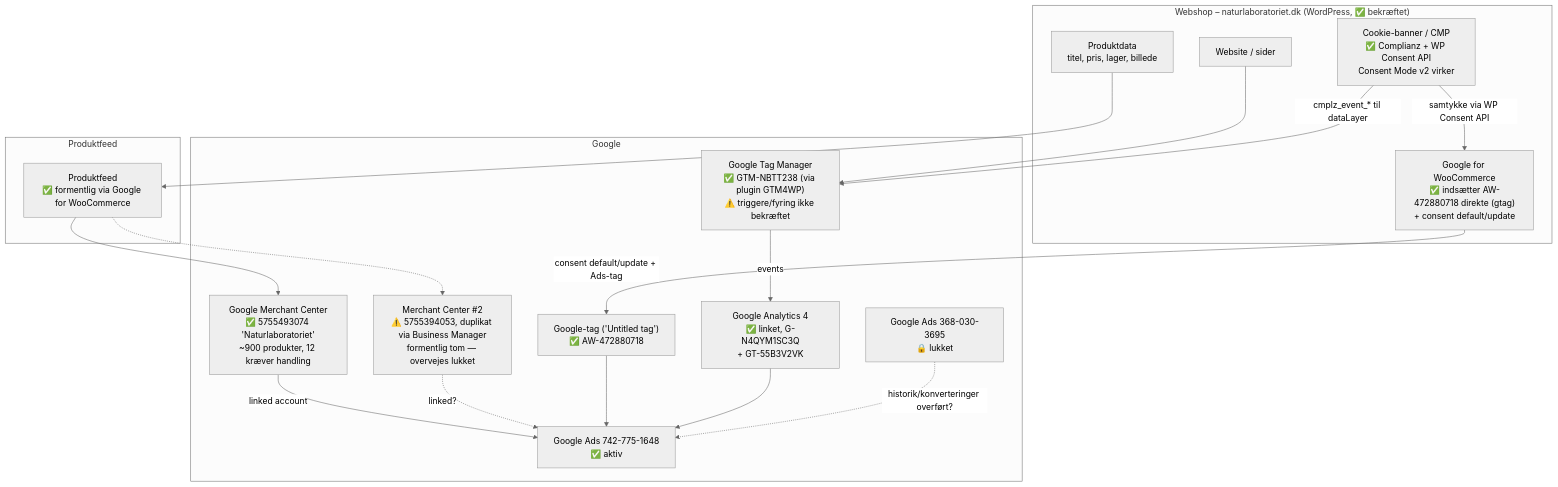
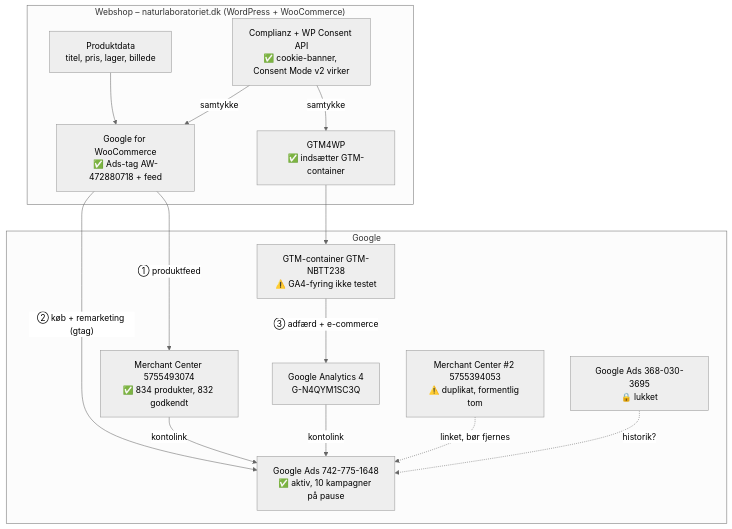
The first of 2 diagrams in google-ads-struktur.md (Morten2812/feeds-nl), drawn with Mermaid (neutral theme) before and after one commit. The commit also changed other lines of this file, not shown here.

Commit message:
google ads on and ready

````diff
--- a/google-ads-struktur.md
+++ b/google-ads-struktur.md
@@ -66,39 +70,32 @@
 ```mermaid
 flowchart TD
-    subgraph Shop["Webshop – naturlaboratoriet.dk (WordPress, ✅ bekræftet)"]
-        W[Produktdata<br/>titel, pris, lager, billede]
-        S[Website / sider]
-        CMP["Cookie-banner / CMP<br/>✅ Complianz + WP Consent API<br/>Consent Mode v2 virker"]
-        GFW["Google for WooCommerce<br/>✅ indsætter AW-472880718 direkte (gtag)<br/>+ consent default/update"]
-    end
-
-    subgraph Feed["Produktfeed"]
-        F[Produktfeed<br/>✅ formentlig via Google for WooCommerce]
+    subgraph Shop["Webshop – naturlaboratoriet.dk (WordPress + WooCommerce)"]
+        W["Produktdata<br/>titel, pris, lager, billede"]
+        CMP["Complianz + WP Consent API<br/>✅ cookie-banner, Consent Mode v2 virker"]
+        GFW["Google for WooCommerce<br/>✅ Ads-tag AW-472880718 + feed"]
+        GTM4WP["GTM4WP<br/>✅ indsætter GTM-container"]
     end
 
     subgraph Google["Google"]
-        MC["Google Merchant Center<br/>✅ 5755493074 'Naturlaboratoriet'<br/>~900 produkter, 12 kræver handling"]
-        MC2["Merchant Center #2<br/>⚠️ 5755394053, duplikat via Business Manager<br/>formentlig tom — overvejes lukket"]
-        GTM["Google Tag Manager<br/>✅ GTM-NBTT238 (via plugin GTM4WP)<br/>⚠️ triggere/fyring ikke bekræftet"]
-        GA4["Google Analytics 4<br/>✅ linket, G-N4QYM1SC3Q<br/>+ GT-55B3V2VK"]
-        TAG["Google-tag ('Untitled tag')<br/>✅ AW-472880718"]
-        ADS["Google Ads 742-775-1648<br/>✅ aktiv"]
+        MC["Merchant Center 5755493074<br/>✅ 834 produkter, 832 godkendt"]
+        MC2["Merchant Center #2 5755394053<br/>⚠️ duplikat, formentlig tom"]
+        GTM["GTM-container GTM-NBTT238<br/>⚠️ GA4-fyring ikke testet"]
+        GA4["Google Analytics 4<br/>G-N4QYM1SC3Q"]
+        ADS["Google Ads 742-775-1648<br/>✅ aktiv, 10 kampagner på pause"]
         ADSOLD["Google Ads 368-030-3695<br/>🔒 lukket"]
     end
 
-    W --> F
-    F --> MC
-    F -.-> MC2
-    MC -- "linked account" --> ADS
-    MC2 -. "linked?" .-> ADS
+    W --> GFW
+    CMP -- "samtykke" --> GFW
+    CMP -- "samtykke" --> GTM4WP
 
-    S --> GTM
-    CMP -- "samtykke via WP Consent API" --> GFW
-    GFW -- "consent default/update + Ads-tag" --> TAG
-    CMP -- "cmplz_event_* til dataLayer" --> GTM
-    TAG --> ADS
-    GTM -- "events" --> GA4
-    GA4 --> ADS
+    GFW -- "① produktfeed" --> MC
+    GFW -- "② køb + remarketing (gtag)" --> ADS
+    GTM4WP --> GTM
+    GTM -- "③ adfærd + e-commerce" --> GA4
 
-    ADSOLD -. "historik/konverteringer overført?" .-> ADS
+    MC -- "kontolink" --> ADS
+    GA4 -- "kontolink" --> ADS
+    MC2 -. "linket, bør fjernes" .-> ADS
+    ADSOLD -. "historik?" .-> ADS
 ```
````
